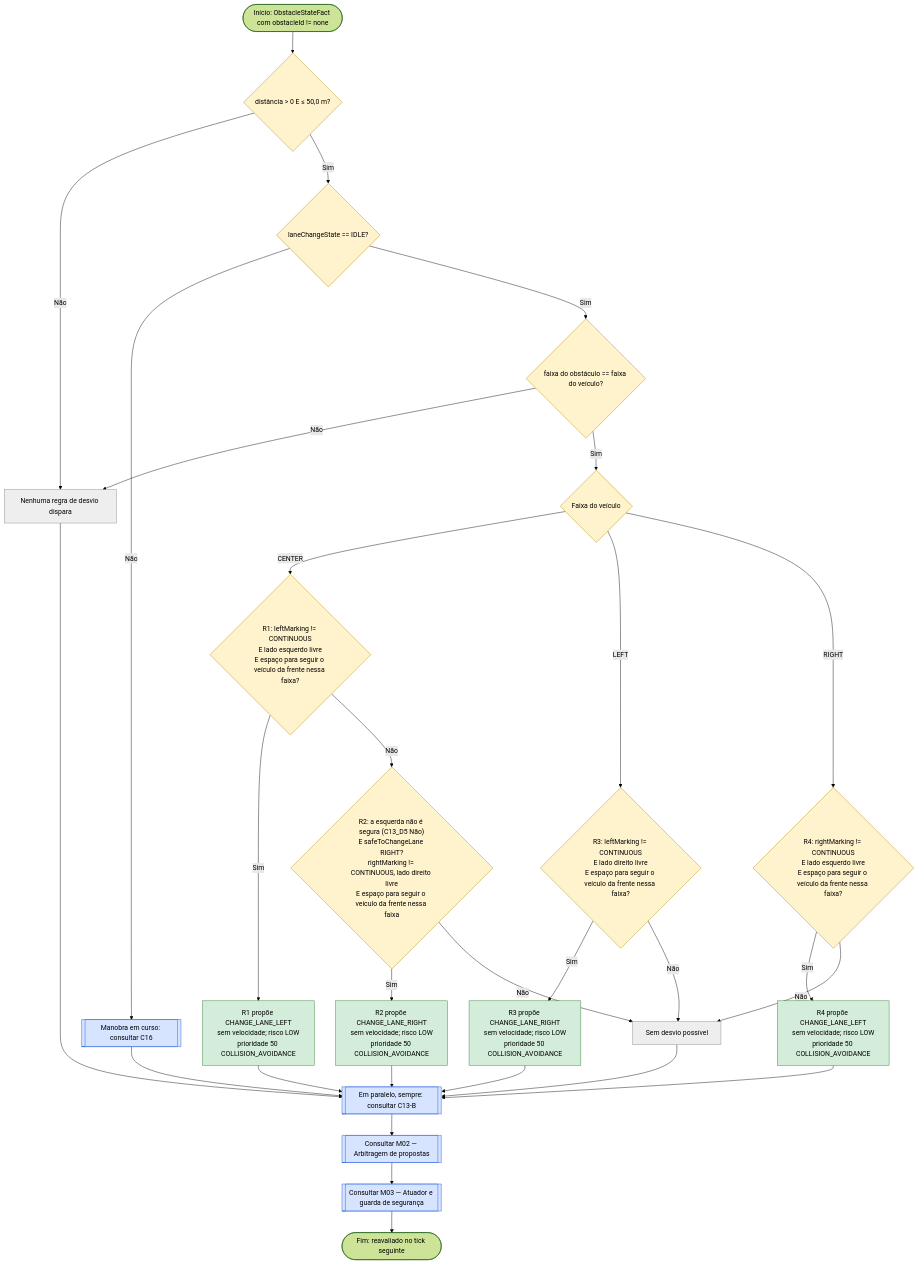
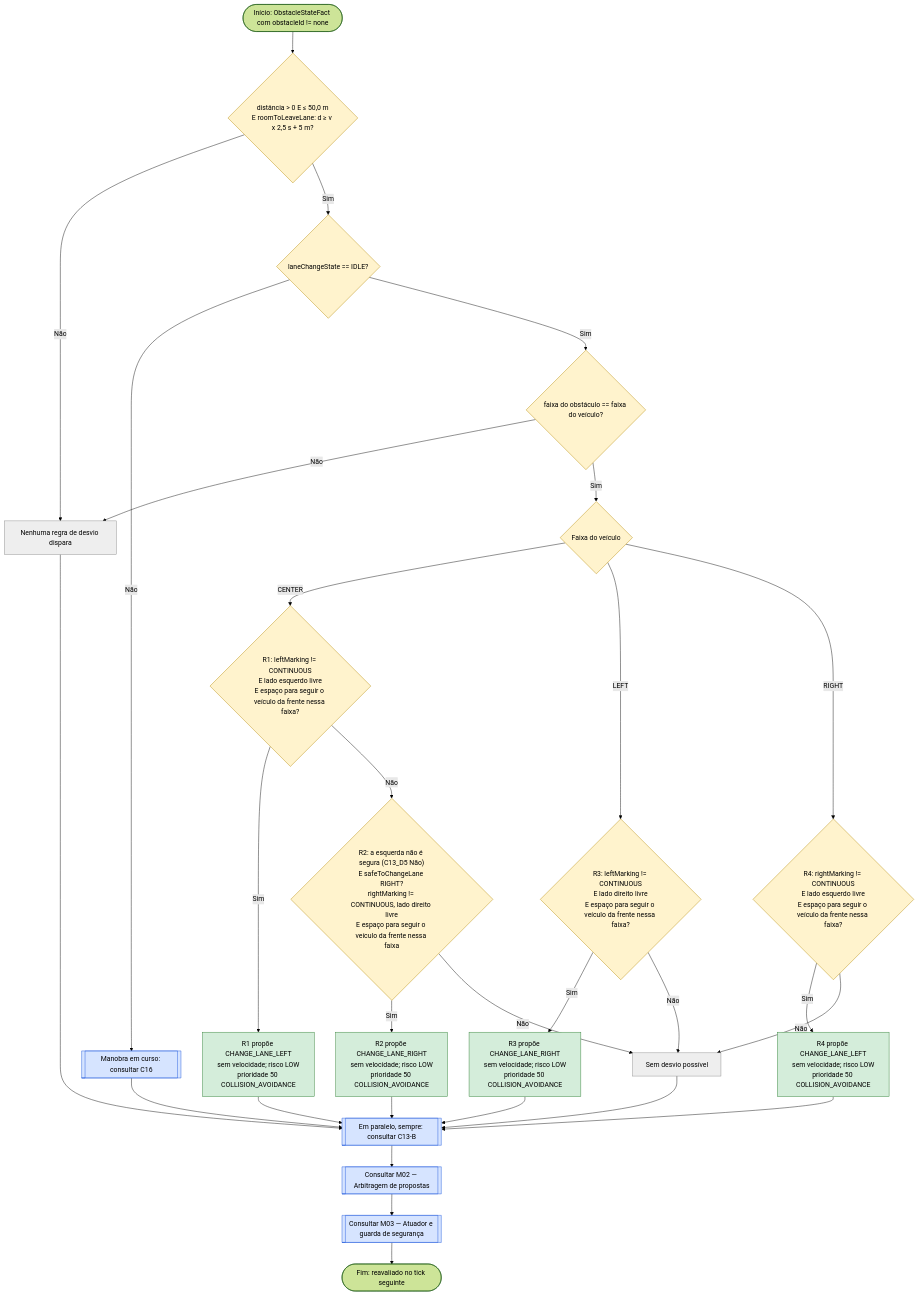
Before and after one commit to 1-2Drive/projeto-1: the first of 2 diagrams in docs/fluxogramas/C13-obstaculo-na-via.md, drawn with Mermaid (forest theme). The commit also changed other lines of this file and 38 other files, not shown here.

````diff
--- a/docs/fluxogramas/C13-obstaculo-na-via.md
+++ b/docs/fluxogramas/C13-obstaculo-na-via.md
@@ -16,45 +16,45 @@
 ```mermaid
 flowchart TD
-    C13_S(["Início: ObstacleStateFact com obstacleId != none"]) --> C13_D1{"distância #gt; 0 E ≤ 50,0 m?"}
+    C13_S(["Início: ObstacleStateFact com obstacleId != none"]) --> C13_D1{"distância #gt; 0 E ≤ 50,0 m<br/>E roomToLeaveLane: d ≥ v x 2,5 s + 5 m?"}
     C13_D1 -- "Não" --> C13_X0["Nenhuma regra de desvio dispara"]
     C13_D1 -- "Sim" --> C13_D2{"laneChangeState == IDLE?"}
     C13_D2 -- "Não" --> C13_C16[["Manobra em curso: consultar C16"]]
     C13_D2 -- "Sim" --> C13_D3{"faixa do obstáculo == faixa do veículo?"}
     C13_D3 -- "Não" --> C13_X0
     C13_D3 -- "Sim" --> C13_D4{"Faixa do veículo"}
 
     C13_D4 -- "CENTER" --> C13_D5{"R1: leftMarking != CONTINUOUS<br/>E lado esquerdo livre<br/>E espaço para seguir o veículo da frente nessa faixa?"}
     C13_D5 -- "Sim" --> C13_P1["R1 propõe CHANGE_LANE_LEFT<br/>sem velocidade; risco LOW<br/>prioridade 50 COLLISION_AVOIDANCE"]
     C13_D5 -- "Não" --> C13_D6{"R2: a esquerda não é segura (C13_D5 Não)<br/>E safeToChangeLane RIGHT?<br/>rightMarking != CONTINUOUS, lado direito livre<br/>E espaço para seguir o veículo da frente nessa faixa"}
     C13_D6 -- "Sim" --> C13_P2["R2 propõe CHANGE_LANE_RIGHT<br/>sem velocidade; risco LOW<br/>prioridade 50 COLLISION_AVOIDANCE"]
     C13_D6 -- "Não" --> C13_X1["Sem desvio possível"]
 
     C13_D4 -- "LEFT" --> C13_D7{"R3: leftMarking != CONTINUOUS<br/>E lado direito livre<br/>E espaço para seguir o veículo da frente nessa faixa?"}
     C13_D7 -- "Sim" --> C13_P3["R3 propõe CHANGE_LANE_RIGHT<br/>sem velocidade; risco LOW<br/>prioridade 50 COLLISION_AVOIDANCE"]
     C13_D7 -- "Não" --> C13_X1
 
     C13_D4 -- "RIGHT" --> C13_D8{"R4: rightMarking != CONTINUOUS<br/>E lado esquerdo livre<br/>E espaço para seguir o veículo da frente nessa faixa?"}
     C13_D8 -- "Sim" --> C13_P4["R4 propõe CHANGE_LANE_LEFT<br/>sem velocidade; risco LOW<br/>prioridade 50 COLLISION_AVOIDANCE"]
     C13_D8 -- "Não" --> C13_X1
 
     C13_X0 --> C13_RB[["Em paralelo, sempre: consultar C13-B"]]
     C13_X1 --> C13_RB
     C13_P1 --> C13_RB
     C13_P2 --> C13_RB
     C13_P3 --> C13_RB
     C13_P4 --> C13_RB
     C13_C16 --> C13_RB
     C13_RB --> C13_M2[["Consultar M02 — Arbitragem de propostas"]]
     C13_M2 --> C13_M3[["Consultar M03 — Atuador e guarda de segurança"]]
     C13_M3 --> C13_E(["Fim: reavaliado no tick seguinte"])
 
     classDef prob fill:#e53935,stroke:#7f0000,stroke-width:3px,color:#fff
     classDef dec fill:#fff3cd,stroke:#b58900,color:#000
     classDef prop fill:#d4edda,stroke:#2e7d32,color:#000
     classDef nao fill:#eeeeee,stroke:#888888,color:#000
     classDef ref fill:#d6e4ff,stroke:#1a56db,color:#000
     class C13_D1,C13_D2,C13_D3,C13_D4,C13_D5,C13_D6,C13_D7,C13_D8 dec
     class C13_X0,C13_X1 nao
     class C13_RB,C13_C16,C13_M2,C13_M3 ref
     class C13_P1,C13_P2,C13_P3,C13_P4 prop
 ```
````
